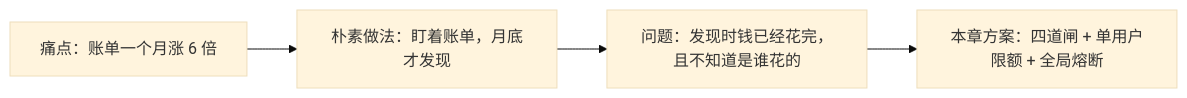
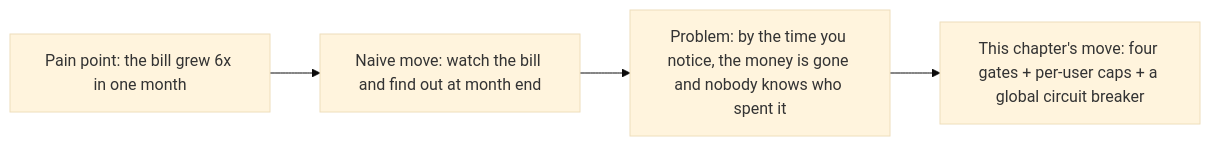
Before and after one commit to xzlxiao/vibe-coding-textbook: the first of 2 diagrams in phase5/chapters/ch07-cost-engineering.md, drawn with Mermaid (base theme). The commit also changed other lines of this file and 10 other files, not shown here.

````diff
--- a/phase5/chapters/ch07-cost-engineering.md
+++ b/phase5/chapters/ch07-cost-engineering.md
@@ -37,6 +37,6 @@
 ```mermaid
 flowchart LR
-    P["痛点：账单一个月涨 6 倍"] --> N["朴素做法：盯着账单，月底才发现"]
-    N --> F["问题：发现时钱已经花完，且不知道是谁花的"]
-    F --> S["本章方案：四道闸 + 单用户限额 + 全局熔断"]
+    P["Pain point: the bill grew 6x in one month"] --> N["Naive move: watch the bill and find out at month end"]
+    N --> F["Problem: by the time you notice, the money is gone and nobody knows who spent it"]
+    F --> S["This chapter's move: four gates + per-user caps + a global circuit breaker"]
 ```
````
